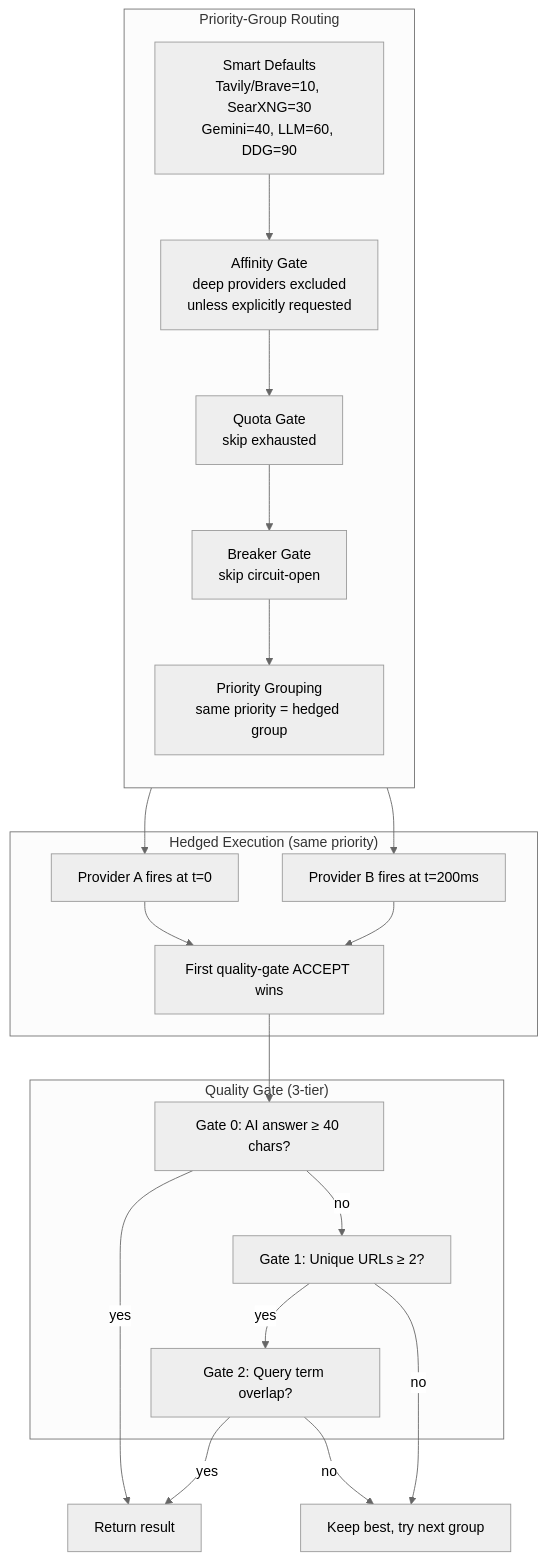
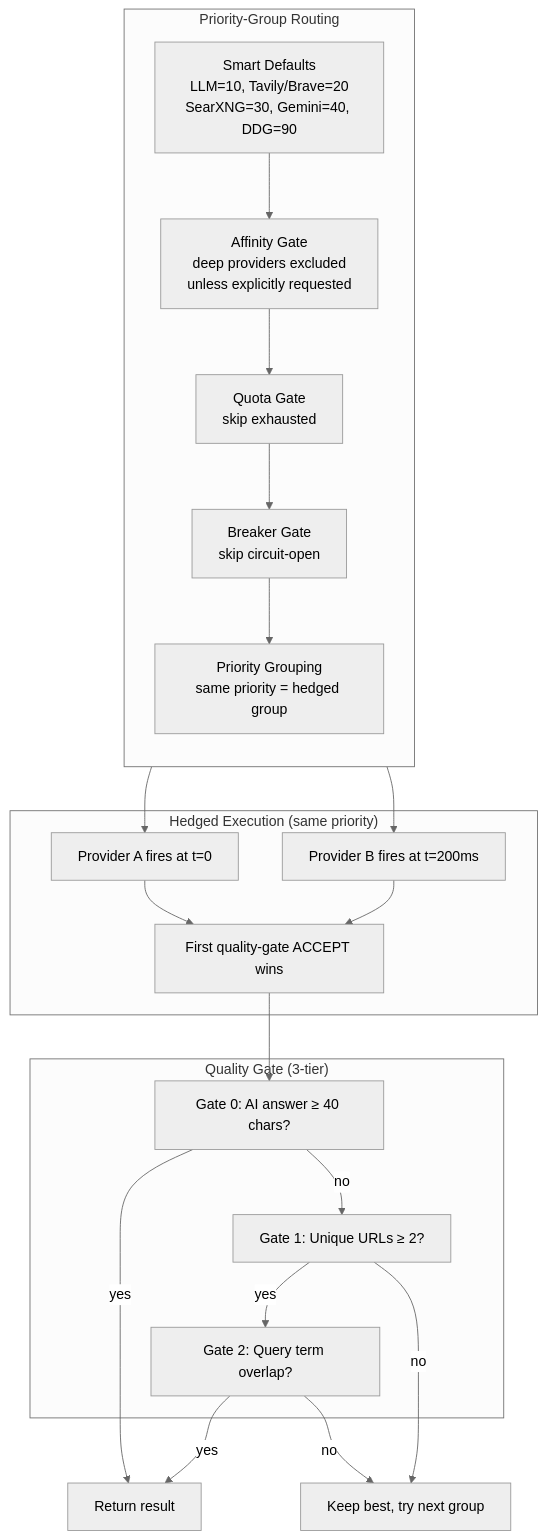
One commit to Tannnnhauser/pivot-web-search changed the fourth of 5 diagrams in ARCHITECTURE.md. Above: the diagram before and after it, drawn with Mermaid (neutral theme). The commit also changed other lines of this file and 5 other files, not shown here.

````diff
--- a/ARCHITECTURE.md
+++ b/ARCHITECTURE.md
@@ -162,36 +162,36 @@
 ```mermaid
 graph TB
     subgraph "Priority-Group Routing"
         direction TB
-        SG[Smart Defaults<br/>Tavily/Brave=10, SearXNG=30<br/>Gemini=40, LLM=60, DDG=90]
+        SG[Smart Defaults<br/>LLM=10, Tavily/Brave=20<br/>SearXNG=30, Gemini=40, DDG=90]
         AG[Affinity Gate<br/>deep providers excluded<br/>unless explicitly requested]
         QG[Quota Gate<br/>skip exhausted]
         BG[Breaker Gate<br/>skip circuit-open]
         PG[Priority Grouping<br/>same priority = hedged group]
     end
 
     subgraph "Hedged Execution (same priority)"
         H1[Provider A fires at t=0]
         H2[Provider B fires at t=200ms]
         H3[First quality-gate ACCEPT wins]
     end
 
     subgraph "Quality Gate (3-tier)"
         G0[Gate 0: AI answer ≥ 40 chars?]
         G1[Gate 1: Unique URLs ≥ 2?]
         G2[Gate 2: Query term overlap?]
     end
 
     SG --> AG --> QG --> BG --> PG
     PG --> H1
     PG --> H2
     H1 --> H3
     H2 --> H3
     H3 --> G0
     G0 -->|yes| ACCEPT[Return result]
     G0 -->|no| G1
     G1 -->|yes| G2
     G1 -->|no| PARTIAL[Keep best, try next group]
     G2 -->|yes| ACCEPT
     G2 -->|no| PARTIAL
 ```
````
